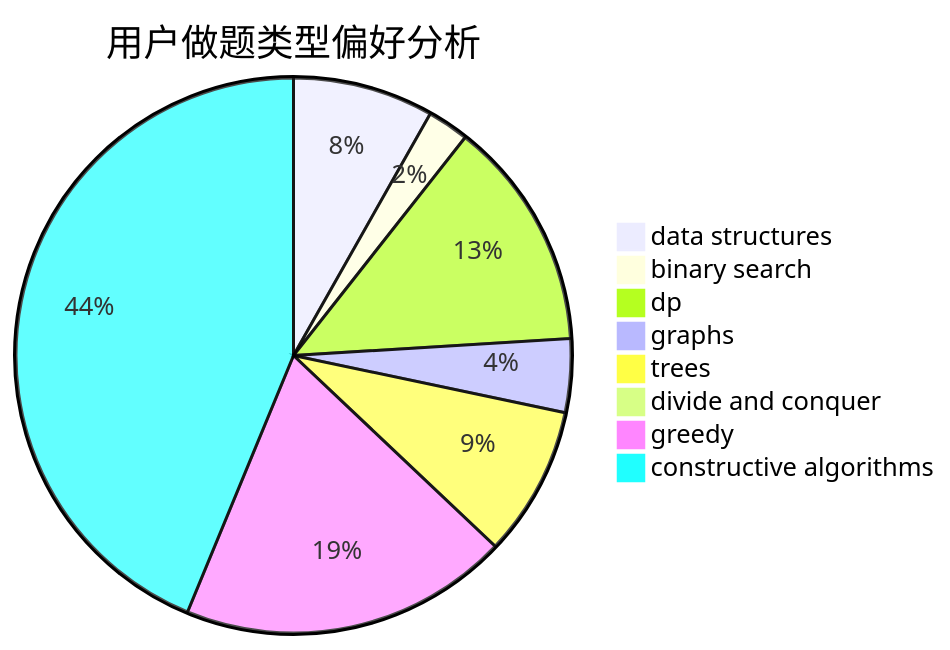
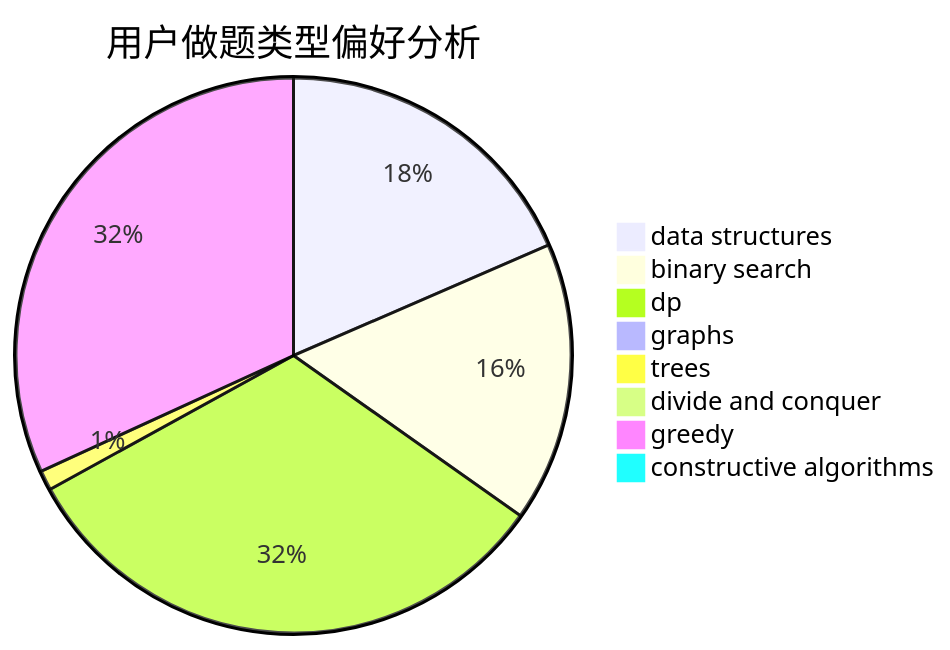
The second of 3 diagrams in docs/user/u409.md (sherpahu/cfrs.github.io), drawn with Mermaid before and after one commit. The commit also changed other lines of this file and 2770 other files, not shown here.

````diff
--- a/docs/user/u409.md
+++ b/docs/user/u409.md
@@ -23,11 +23,11 @@
 ```mermaid
 pie title 用户做题类型偏好分析
-    "data structures" :  44
-    "binary search" :  13
-    "dp" :  72
-    "graphs" :  23
-    "trees" :  47
+    "data structures" :  352
+    "binary search" :  310
+    "dp" :  613
+    "graphs" :  6
+    "trees" :  22
     "divide and conquer" :  0
-    "greedy" :  103
-    "constructive algorithms" :  235
+    "greedy" :  606
+    "constructive algorithms" :  7
 ```
````
